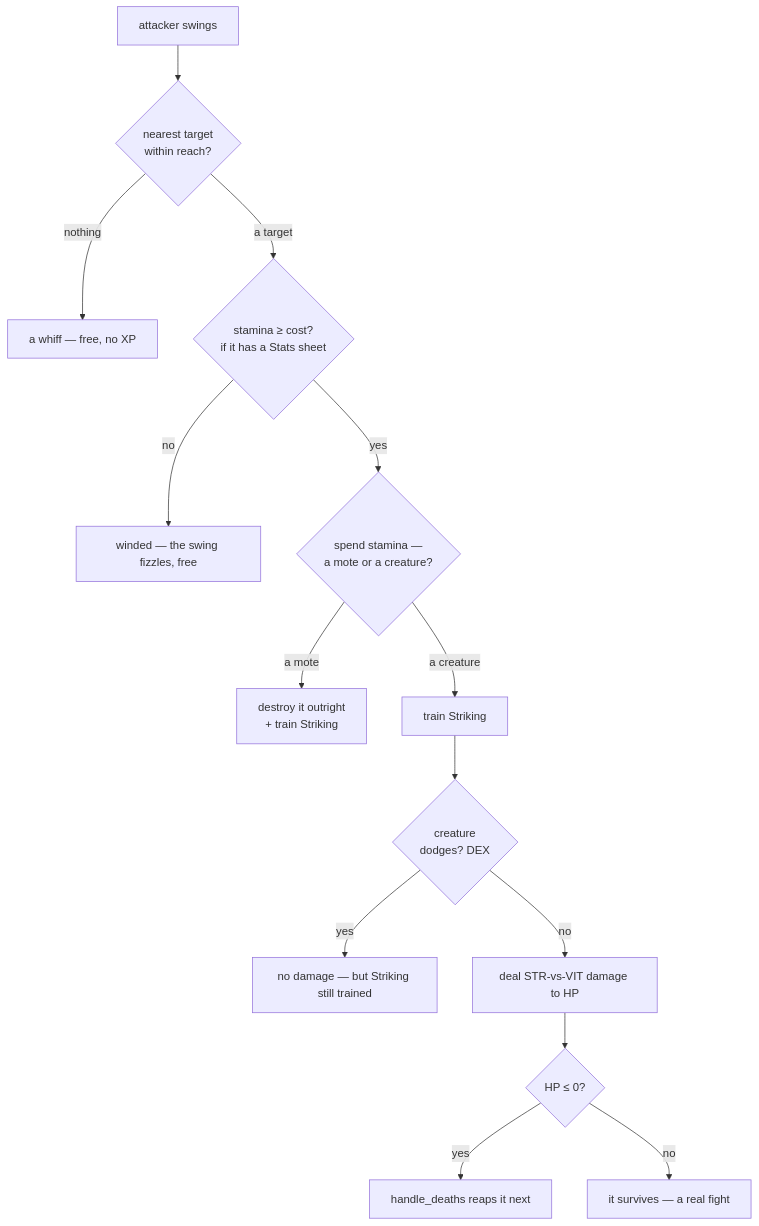
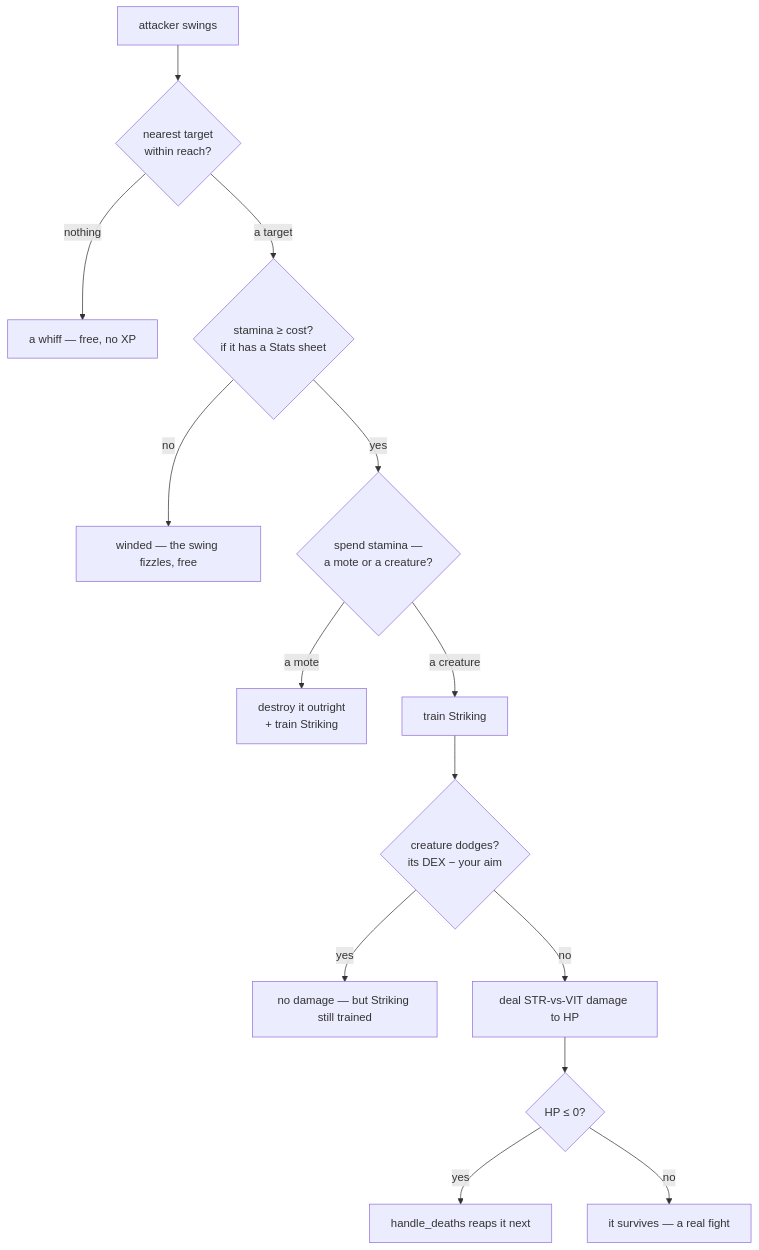
Before and after one commit to IsItJeff/game-engine: the diagram in docs/engine/combat.md, drawn with Mermaid. The commit also changed other lines of this file and 3 other files, not shown here.

````diff
--- a/docs/engine/combat.md
+++ b/docs/engine/combat.md
@@ -40,15 +40,15 @@
 ```mermaid
 flowchart TD
   a[attacker swings] --> reach{nearest target<br/>within reach?}
   reach -->|nothing| miss[a whiff — free, no XP]
   reach -->|a target| stam{stamina ≥ cost?<br/>if it has a Stats sheet}
   stam -->|no| winded[winded — the swing fizzles, free]
   stam -->|yes| kind{spend stamina —<br/>a mote or a creature?}
   kind -->|a mote| pop[destroy it outright<br/>+ train Striking]
-  kind -->|a creature| train[train Striking] --> dodge{creature<br/>dodges? DEX}
+  kind -->|a creature| train[train Striking] --> dodge{creature dodges?<br/>its DEX − your aim}
   dodge -->|yes| whiff[no damage — but Striking still trained]
   dodge -->|no| dmg[deal STR-vs-VIT damage to HP]
   dmg --> dead{HP ≤ 0?}
   dead -->|yes| reap[handle_deaths reaps it next]
   dead -->|no| live[it survives — a real fight]
 ```
````
